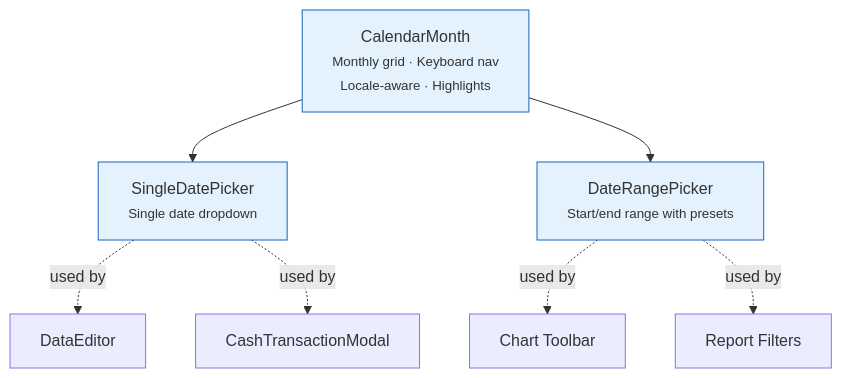
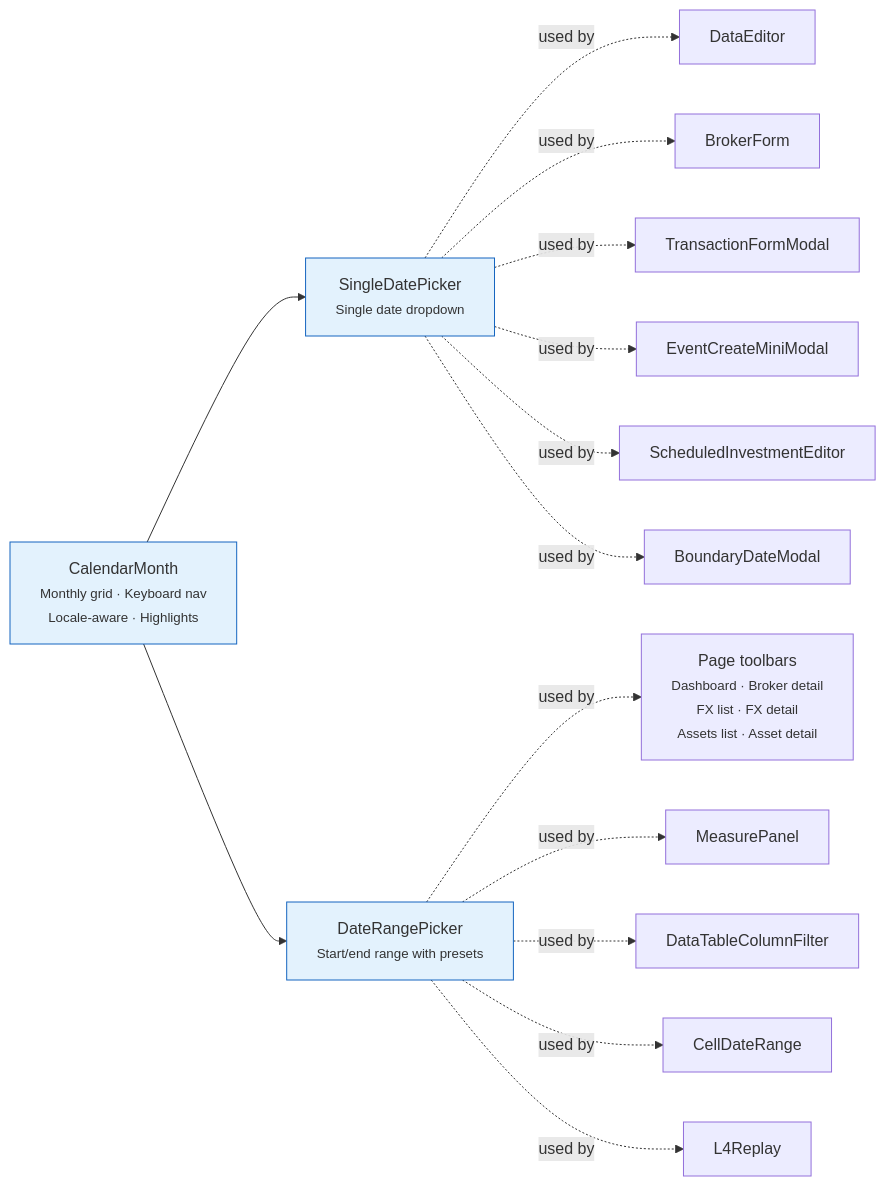
One commit to Librefolio/LibreFolio changed the diagram in mkdocs_src/docs/developer/frontend/components/core-ui/datePickers.md. Above: the diagram before and after it, drawn with Mermaid. The commit also changed other lines of this file and 86 other files, not shown here.

````diff
--- a/mkdocs_src/docs/developer/frontend/components/core-ui/datePickers.md
+++ b/mkdocs_src/docs/developer/frontend/components/core-ui/datePickers.md
@@ -5,15 +5,22 @@
 ```mermaid
-graph TD
+graph LR
     CAL["CalendarMonth<br/><small>Monthly grid · Keyboard nav<br/>Locale-aware · Highlights</small>"]
     CAL --> SDP["SingleDatePicker<br/><small>Single date dropdown</small>"]
     CAL --> DRP["DateRangePicker<br/><small>Start/end range with presets</small>"]
 
     SDP -.->|used by| DE["DataEditor"]
-    SDP -.->|used by| CTM["CashTransactionModal"]
-    DRP -.->|used by| CT["Chart Toolbar"]
-    DRP -.->|used by| RF["Report Filters"]
+    SDP -.->|used by| BF["BrokerForm"]
+    SDP -.->|used by| TFM["TransactionFormModal"]
+    SDP -.->|used by| ECM["EventCreateMiniModal"]
+    SDP -.->|used by| SIE["ScheduledInvestmentEditor"]
+    SDP -.->|used by| BDM["BoundaryDateModal"]
+    DRP -.->|used by| PG["Page toolbars<br/><small>Dashboard · Broker detail<br/>FX list · FX detail<br/>Assets list · Asset detail</small>"]
+    DRP -.->|used by| MP["MeasurePanel"]
+    DRP -.->|used by| DTF["DataTableColumnFilter"]
+    DRP -.->|used by| CDR["CellDateRange"]
+    DRP -.->|used by| L4R["L4Replay"]
 
     style CAL fill:#e3f2fd,stroke:#1565c0
     style SDP fill:#e3f2fd,stroke:#1565c0
     style DRP fill:#e3f2fd,stroke:#1565c0
 ```
````
